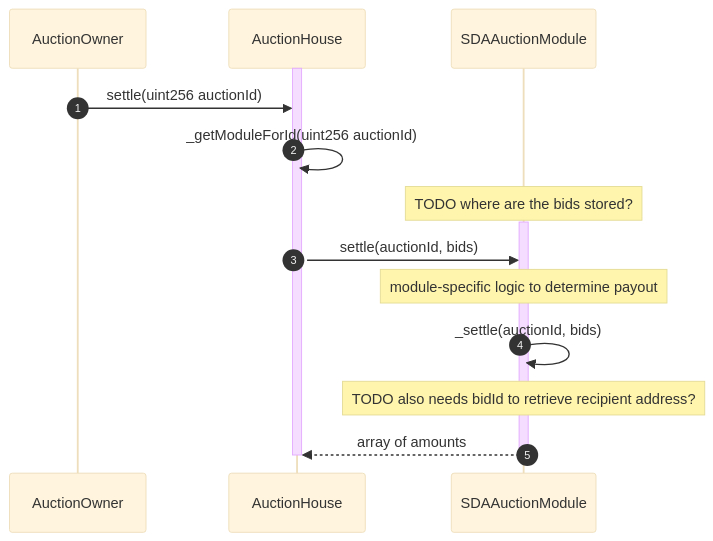
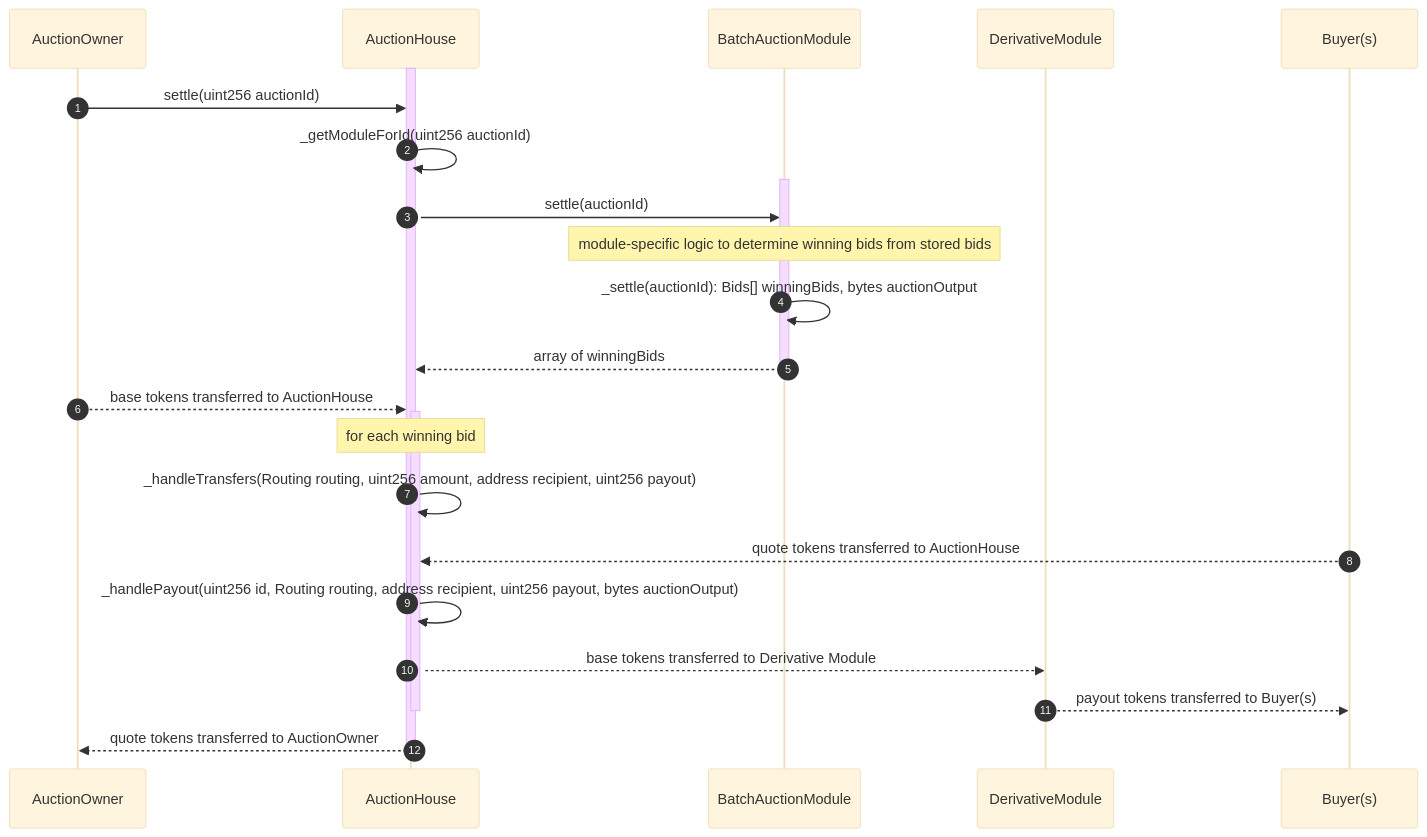
One commit to Axis-Fi/axis-core changed the seventh of 10 diagrams in design/ARCHITECTURE.md. Above: the diagram before and after it, drawn with Mermaid (base theme). The commit also changed other lines of this file, not shown here.

Commit message:
docs: more process flows

````diff
--- a/design/ARCHITECTURE.md
+++ b/design/ARCHITECTURE.md
@@ -434,26 +423,35 @@
 ```mermaid
 sequenceDiagram
   autoNumber
   participant AuctionOwner
   participant AuctionHouse
-  participant SDAAuctionModule
+  participant BatchAuctionModule
+  participant DerivativeModule
+  participant Buyer(s)
 
   activate AuctionHouse
     AuctionOwner->>AuctionHouse: settle(uint256 auctionId)
     AuctionHouse->>AuctionHouse: _getModuleForId(uint256 auctionId)
 
-    Note over SDAAuctionModule: TODO where are the bids stored?
+    activate BatchAuctionModule
+      AuctionHouse->>BatchAuctionModule: settle(auctionId)
 
-    activate SDAAuctionModule
-      AuctionHouse->>SDAAuctionModule: settle(auctionId, bids)
+      Note over BatchAuctionModule: module-specific logic to determine winning bids from stored bids
+      BatchAuctionModule->>BatchAuctionModule: _settle(auctionId): Bids[] winningBids, bytes auctionOutput
 
-      Note over SDAAuctionModule: module-specific logic to determine payout
-      SDAAuctionModule->>SDAAuctionModule: _settle(auctionId, bids)
+      BatchAuctionModule-->>AuctionHouse: array of winningBids
+    deactivate BatchAuctionModule
 
-      Note over SDAAuctionModule: TODO also needs bidId to retrieve recipient address?
+    AuctionOwner-->>AuctionHouse: base tokens transferred to AuctionHouse
+    activate AuctionHouse
+      Note over AuctionHouse: for each winning bid
+      AuctionHouse->>AuctionHouse: _handleTransfers(Routing routing, uint256 amount, address recipient, uint256 payout)
+      Buyer(s)-->>AuctionHouse: quote tokens transferred to AuctionHouse
+      AuctionHouse->>AuctionHouse: _handlePayout(uint256 id, Routing routing, address recipient, uint256 payout, bytes auctionOutput)
+      AuctionHouse-->>DerivativeModule: base tokens transferred to Derivative Module
+      DerivativeModule-->>Buyer(s): payout tokens transferred to Buyer(s)
+    deactivate AuctionHouse
+    AuctionHouse-->>AuctionOwner: quote tokens transferred to AuctionOwner
 
-      SDAAuctionModule-->>AuctionHouse: array of amounts
-    deactivate SDAAuctionModule
-    
   deactivate AuctionHouse
 ```
````
